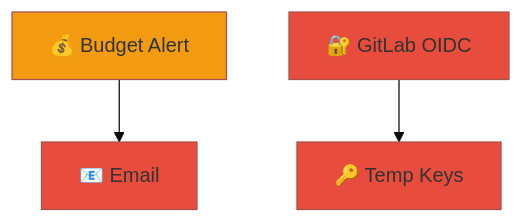
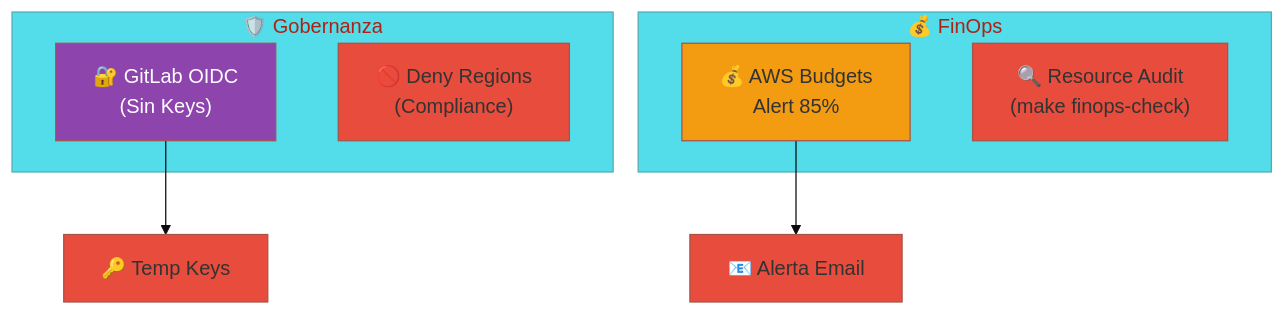
Before and after one commit to vladimiracunadev-create/proyectos-aws: the fifth of 5 diagrams in AWS_CLOUD_JOURNEY.md, drawn with Mermaid. The commit also changed other lines of this file, not shown here.

Commit message:
docs: technical expansion of AWS_CLOUD_JOURNEY.md with deep-dives for all chapters

````diff
--- a/AWS_CLOUD_JOURNEY.md
+++ b/AWS_CLOUD_JOURNEY.md
@@ -124,8 +166,19 @@
 ```mermaid
 %%{init: {'theme': 'base', 'themeVariables': { 'primaryColor': '#E74C3C', 'fontsize': '16px' }}}%%
 graph TB
-    Budget["💰 Budget Alert"] --> Email["📧 Email"]
-    OIDC["🔐 GitLab OIDC"] --> STS["🔑 Temp Keys"]
+    subgraph Governance["🛡️ Gobernanza"]
+        OIDC["🔐 GitLab OIDC\n(Sin Keys)"]
+        RegionPolicy["🚫 Deny Regions\n(Compliance)"]
+    end
     
+    subgraph FinOps["💰 FinOps"]
+        Budget["💰 AWS Budgets\nAlert 85%"]
+        Check["🔍 Resource Audit\n(make finops-check)"]
+    end
+
+    OIDC --> STS["🔑 Temp Keys"]
+    Budget --> Email["📧 Alerta Email"]
+    
+    style OIDC fill:#8E44AD,color:#fff
     style Budget fill:#F39C12
 ```
````
